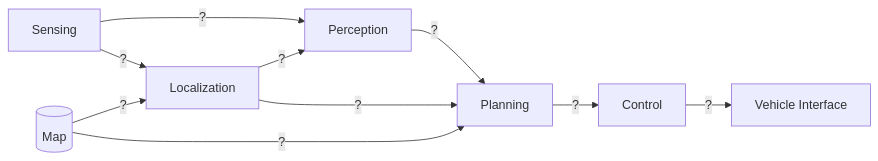
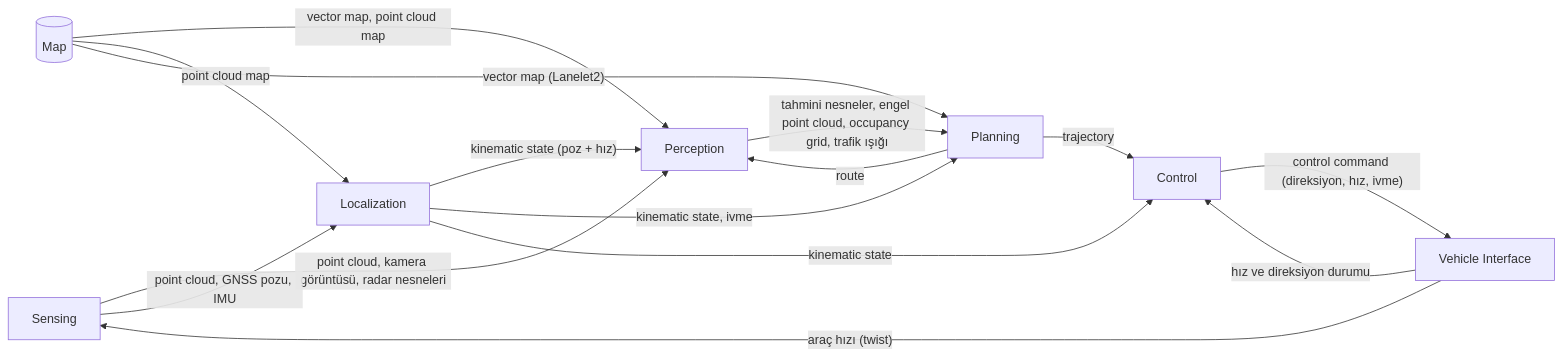
The first of 2 diagrams in 00-architecture/architecture.md (zelihaguven/av-study), drawn with Mermaid before and after one commit. The commit also changed other lines of this file and 1 other file, not shown here.

First line of the commit message:
docs(00): fill both architecture diagrams and interface tables with sources

````diff
--- a/00-architecture/architecture.md
+++ b/00-architecture/architecture.md
@@ -5,12 +8,17 @@
 ```mermaid
 flowchart LR
-    S[Sensing] -->|?| P[Perception]
-    S -->|?| L[Localization]
-    L -->|?| P
-    P -->|?| PL[Planning]
-    L -->|?| PL
-    M[(Map)] -->|?| L
-    M -->|?| PL
-    PL -->|?| C[Control]
-    C -->|?| V[Vehicle Interface]
+    S[Sensing] -->|"point cloud, kamera görüntüsü, radar nesneleri"| P[Perception]
+    S -->|"point cloud, GNSS pozu, IMU"| L[Localization]
+    L -->|"kinematic state (poz + hız)"| P
+    M[(Map)] -->|"vector map, point cloud map"| P
+    M -->|"point cloud map"| L
+    M -->|"vector map (Lanelet2)"| PL[Planning]
+    L -->|"kinematic state, ivme"| PL
+    P -->|"tahmini nesneler, engel point cloud, occupancy grid, trafik ışığı"| PL
+    PL -->|"route"| P
+    PL -->|"trajectory"| C[Control]
+    L -->|"kinematic state"| C
+    C -->|"control command (direksiyon, hız, ivme)"| V[Vehicle Interface]
+    V -->|"hız ve direksiyon durumu"| C
+    V -->|"araç hızı (twist)"| S
 ```
````
